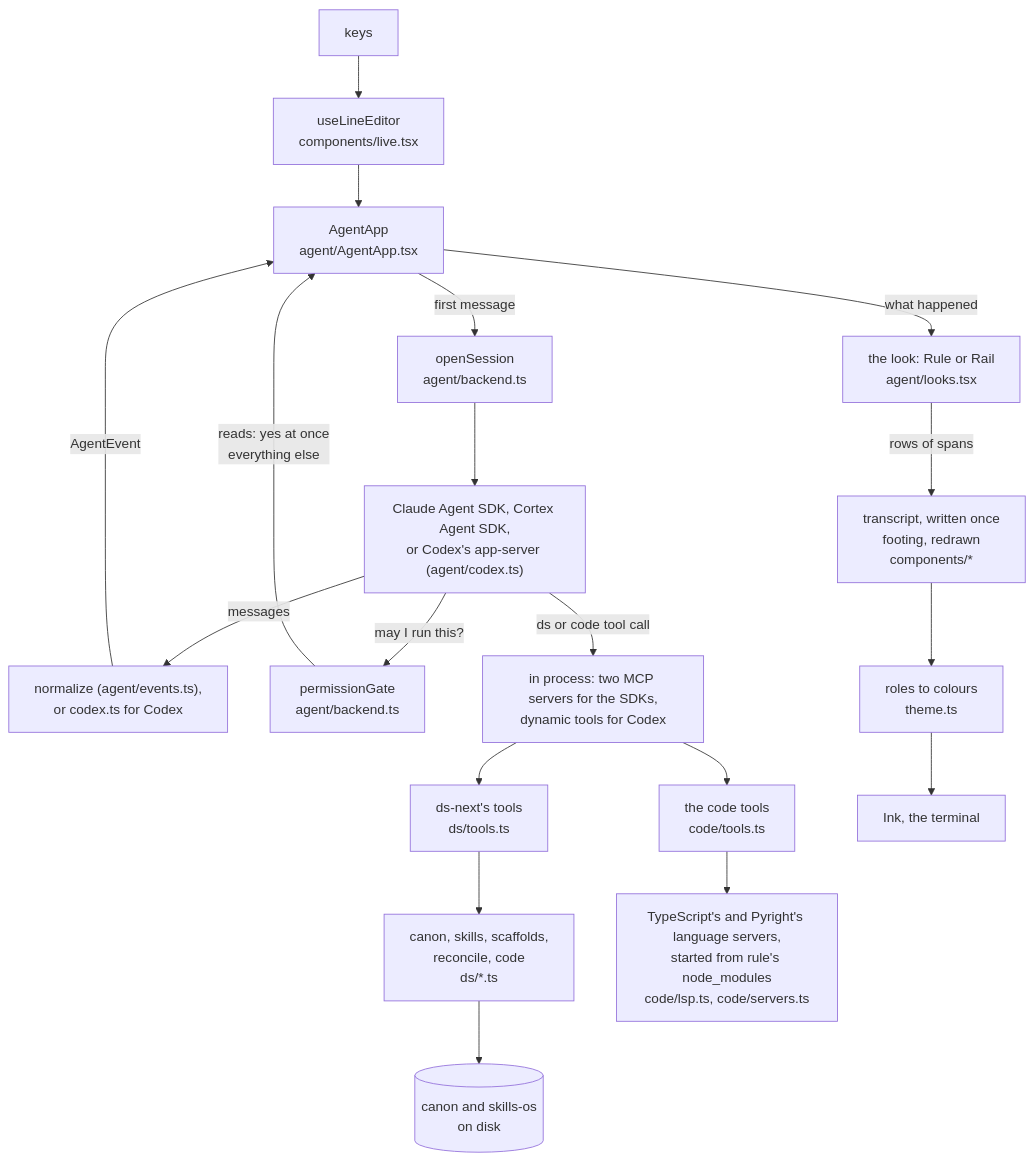
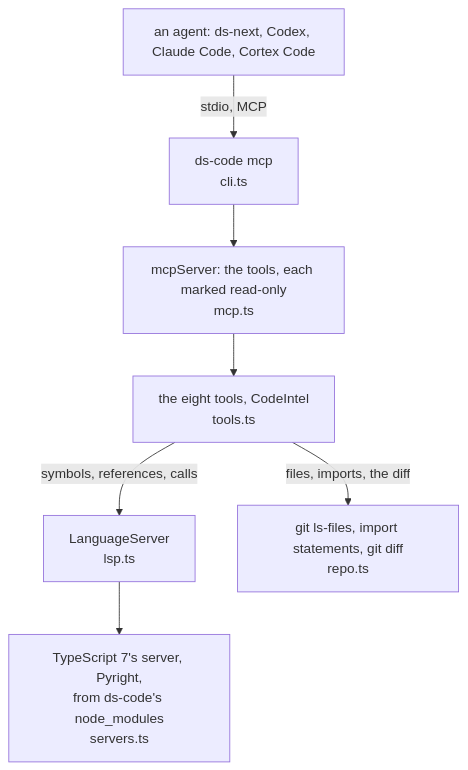
One commit to cwkoenigs/ds-code changed the diagram in ARCHITECTURE.md. Above: the diagram before and after it, drawn with Mermaid. The commit also changed other lines of this file and 77 other files, not shown here.

First line of the commit message:
rule-cli becomes ds-code: the code tools alone, as one MCP server

````diff
--- a/ARCHITECTURE.md
+++ b/ARCHITECTURE.md
@@ -9,21 +9,9 @@
 ```mermaid
 flowchart TD
-  key[keys] --> editor["useLineEditor<br/>components/live.tsx"]
-  editor --> app["AgentApp<br/>agent/AgentApp.tsx"]
-  app -- "first message" --> session["openSession<br/>agent/backend.ts"]
-  session --> sdk["Claude Agent SDK, Cortex Agent SDK,<br/>or Codex's app-server (agent/codex.ts)"]
-  sdk -- "messages" --> events["normalize (agent/events.ts),<br/>or codex.ts for Codex"]
-  events -- "AgentEvent" --> app
-  sdk -- "may I run this?" --> gate["permissionGate<br/>agent/backend.ts"]
-  gate -- "reads: yes at once<br/>everything else" --> app
-  sdk -- "ds or code tool call" --> server["in process: two MCP servers for the SDKs,<br/>dynamic tools for Codex"]
-  server --> tools["ds-next's tools<br/>ds/tools.ts"]
-  tools --> kb["canon, skills, scaffolds,<br/>reconcile, code<br/>ds/*.ts"]
-  kb --> disk[("canon and skills-os<br/>on disk")]
-  server --> code["the code tools<br/>code/tools.ts"]
-  code --> lsp["TypeScript's and Pyright's language servers,<br/>started from rule's node_modules<br/>code/lsp.ts, code/servers.ts"]
-  app -- "what happened" --> look["the look: Rule or Rail<br/>agent/looks.tsx"]
-  look -- "rows of spans" --> screen["transcript, written once<br/>footing, redrawn<br/>components/*"]
-  screen --> theme["roles to colours<br/>theme.ts"]
-  theme --> ink[Ink, the terminal]
+  agent["an agent: ds-next, Codex, Claude Code, Cortex Code"] -- "stdio, MCP" --> cli["ds-code mcp<br/>cli.ts"]
+  cli --> mcp["mcpServer: the tools, each marked read-only<br/>mcp.ts"]
+  mcp --> tools["the eight tools, CodeIntel<br/>tools.ts"]
+  tools -- "symbols, references, calls" --> lsp["LanguageServer<br/>lsp.ts"]
+  lsp --> servers["TypeScript 7's server, Pyright,<br/>from ds-code's node_modules<br/>servers.ts"]
+  tools -- "files, imports, the diff" --> repo["git ls-files, import statements, git diff<br/>repo.ts"]
 ```
````
